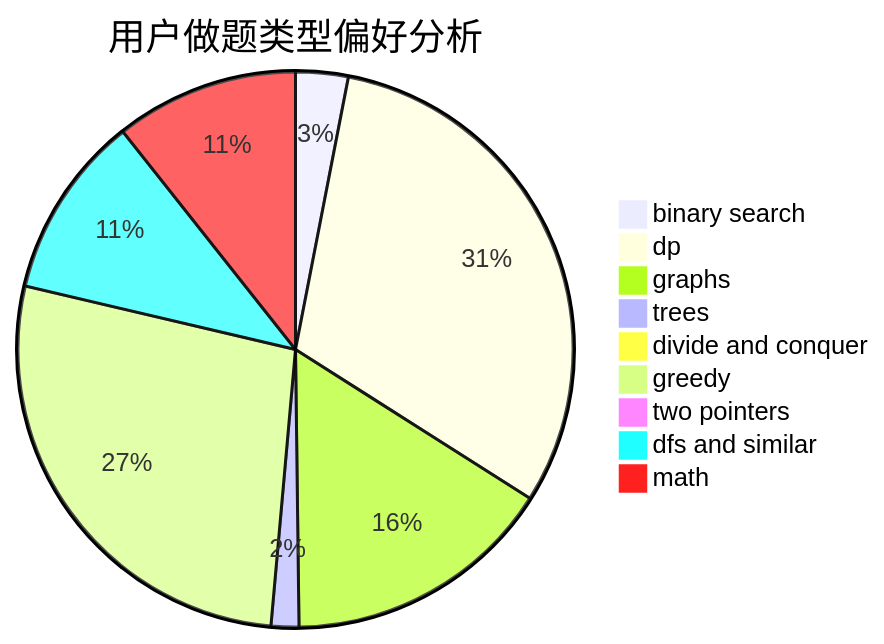
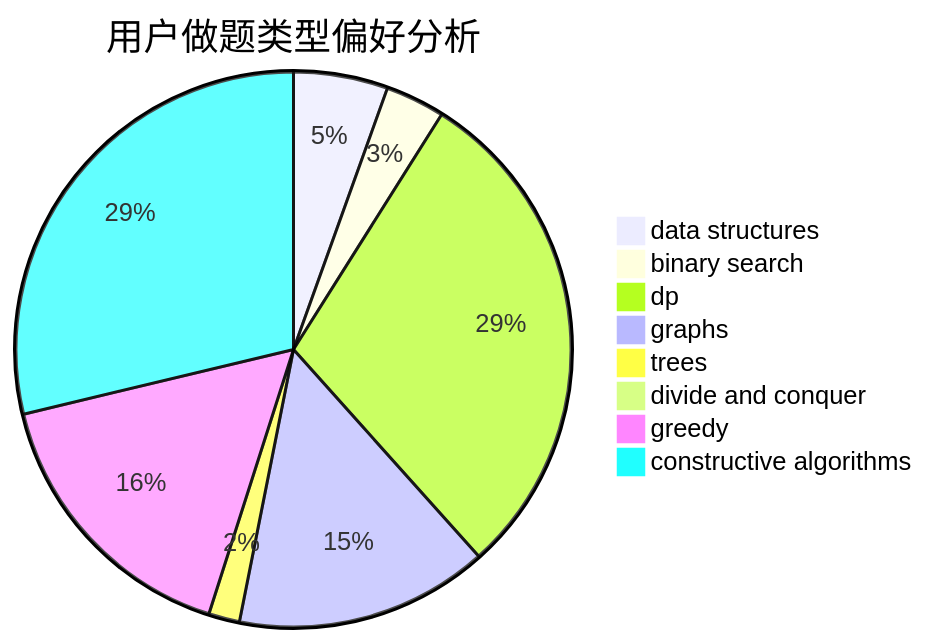
The second of 3 diagrams in docs/user/u540.md (sherpahu/cfrs.github.io), drawn with Mermaid before and after one commit. The commit also changed other lines of this file and 2775 other files, not shown here.

````diff
--- a/docs/user/u540.md
+++ b/docs/user/u540.md
@@ -23,12 +23,11 @@
 ```mermaid
 pie title 用户做题类型偏好分析
-    "binary search" :  53
-    "dp" :  537
-    "graphs" :  274
-    "trees" :  28
-    "divide and conquer" :  4
-    "greedy" :  473
-    "two pointers" :  8
-    "dfs and similar" :  185
-    "math" :  185
+    "data structures" :  73
+    "binary search" :  46
+    "dp" :  391
+    "graphs" :  196
+    "trees" :  24
+    "divide and conquer" :  0
+    "greedy" :  217
+    "constructive algorithms" :  382
 ```
````
